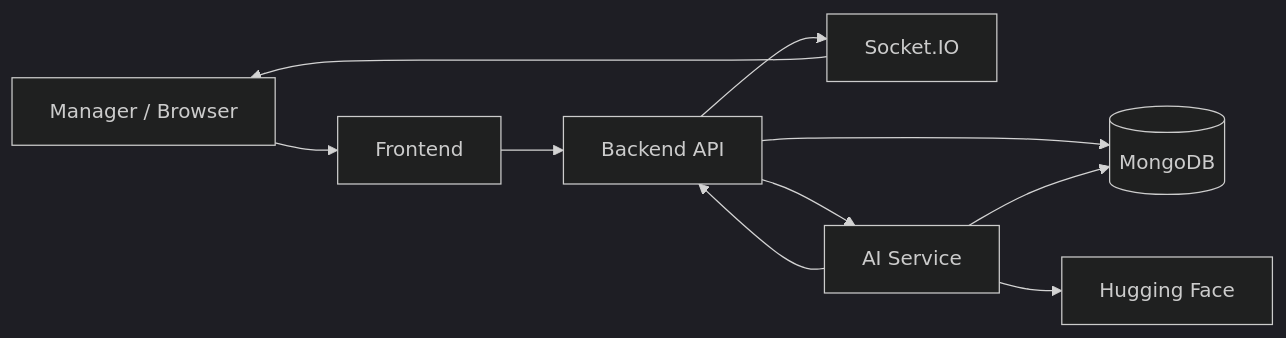
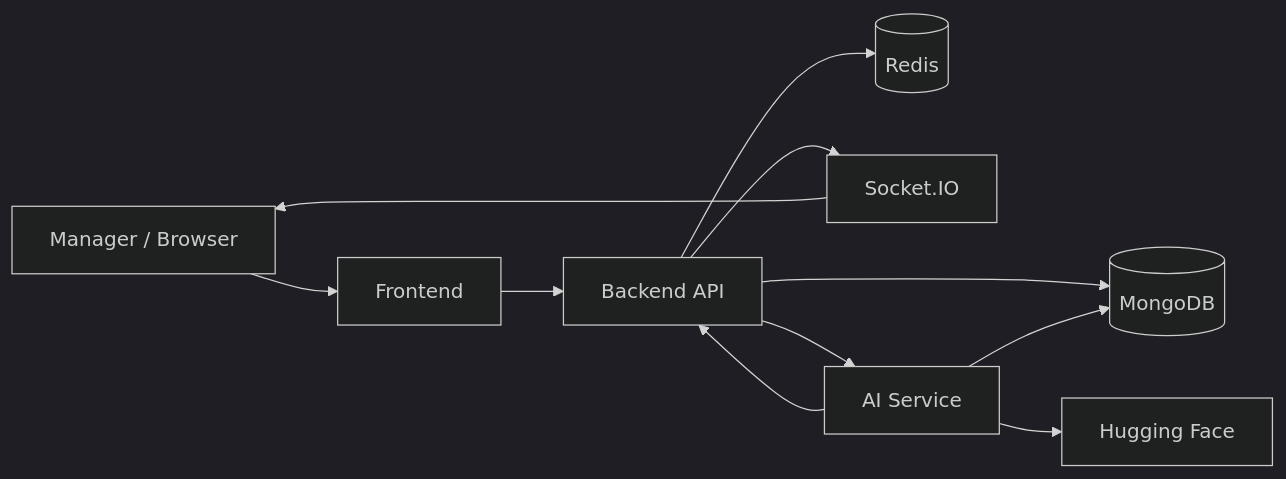
One commit to msrikarthika-netizen/syncspace changed the first of 2 diagrams in README.md. Above: the diagram before and after it, drawn with Mermaid (dark theme). The commit also changed other lines of this file and 16 other files, not shown here.

````diff
--- a/README.md
+++ b/README.md
@@ -25,12 +55,13 @@
 ```mermaid
 flowchart LR
-	U[Manager / Browser] --> F[Frontend]
-	F --> B[Backend API]
-	B --> M[(MongoDB)]
-	B --> S[Socket.IO]
-	B --> A[AI Service]
-	A --> H[Hugging Face]
-	A --> M
-	A --> B
-	S --> U
+  U[Manager / Browser] --> F[Frontend]
+  F --> B[Backend API]
+  B --> M[(MongoDB)]
+  B --> R[(Redis)]
+  B --> S[Socket.IO]
+  B --> A[AI Service]
+  A --> H[Hugging Face]
+  A --> M
+  A --> B
+  S --> U
 ```
````
